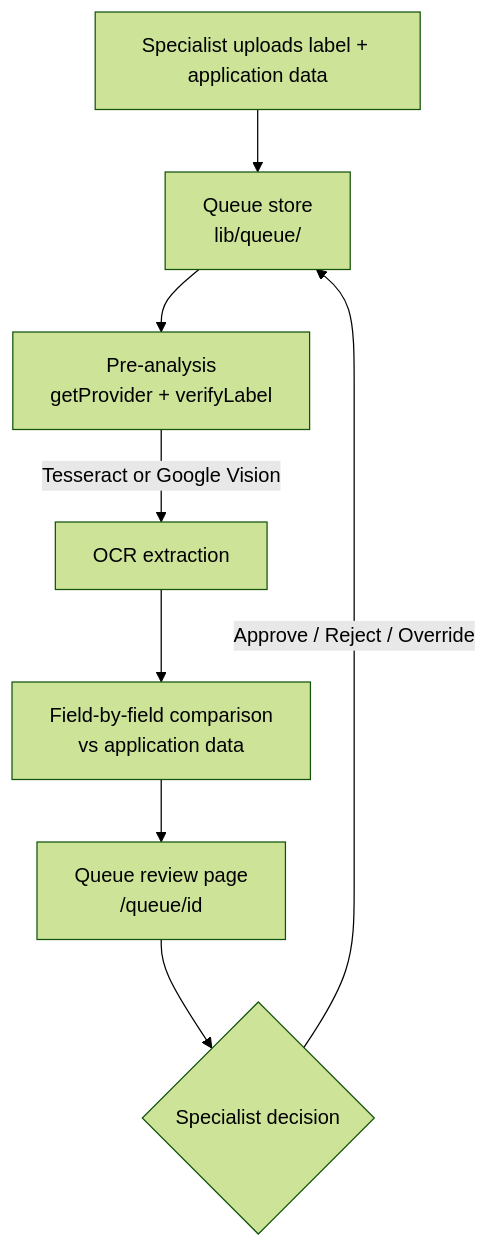
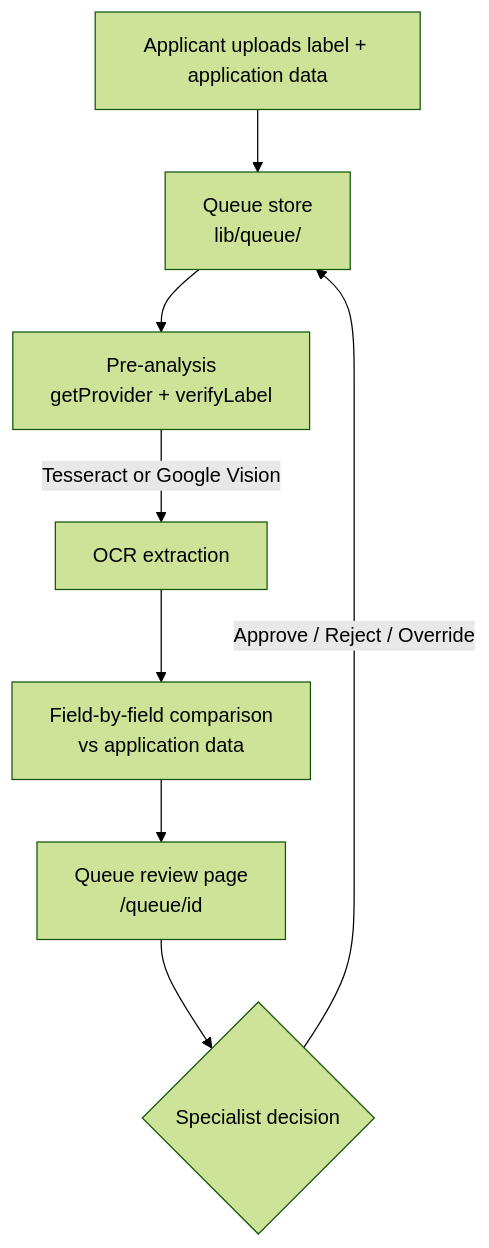
The diagram in README.md (justanotherkevin/alcohol-label-verification), drawn with Mermaid (forest theme) before and after one commit. The commit also changed other lines of this file, not shown here.

````diff
--- a/README.md
+++ b/README.md
@@ -68,10 +77,10 @@
 ```mermaid
 flowchart TD
-    A[Specialist uploads label + application data] --> B[Queue store\nlib/queue/]
+    A[Applicant uploads label + application data] --> B[Queue store\nlib/queue/]
     B --> C[Pre-analysis\ngetProvider + verifyLabel]
     C -->|Tesseract or Google Vision| D[OCR extraction]
     D --> E[Field-by-field comparison\nvs application data]
     E --> F[Queue review page\n/queue/id]
     F --> G{Specialist decision}
     G -->|Approve / Reject / Override| B
 ```
````
